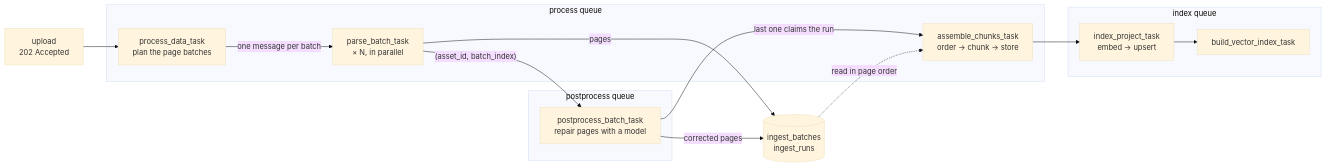
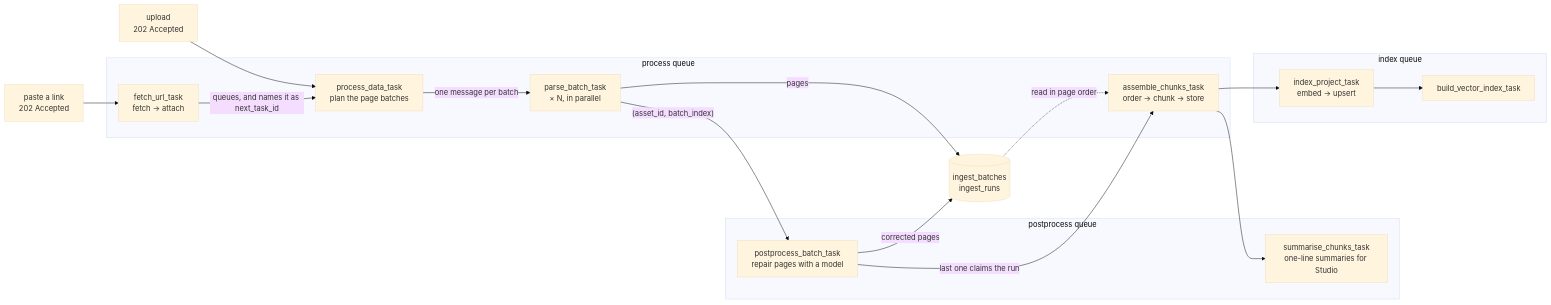
The third of 5 diagrams in README.md (omarTBakr/notebookllm-minus), drawn with Mermaid (base theme) before and after one commit. The commit also changed other lines of this file and 172 other files, not shown here.

````diff
--- a/README.md
+++ b/README.md
@@ -322,29 +355,34 @@
 ```mermaid
 flowchart LR
+    L["paste a link<br/>202 Accepted"] --> F
     U["upload<br/>202 Accepted"] --> P
 
     subgraph process["process queue"]
+        F["fetch_url_task<br/>fetch → attach"]
         P["process_data_task<br/>plan the page batches"]
         A["assemble_chunks_task<br/>order → chunk → store"]
         PA["parse_batch_task<br/>× N, in parallel"]
     end
 
     subgraph correct["postprocess queue"]
         C["postprocess_batch_task<br/>repair pages with a model"]
+        S["summarise_chunks_task<br/>one-line summaries for Studio"]
     end
 
     subgraph index["index queue"]
         I["index_project_task<br/>embed → upsert"]
         B["build_vector_index_task"]
     end
 
     DB[("ingest_batches<br/>ingest_runs")]
 
+    F -->|"queues, and names it as next_task_id"| P
     P -->|"one message per batch"| PA
     PA -->|"pages"| DB
     PA -->|"(asset_id, batch_index)"| C
     C -->|"corrected pages"| DB
     C -->|"last one claims the run"| A
     DB -.->|"read in page order"| A
     A --> I --> B
+    A --> S
 ```
````
